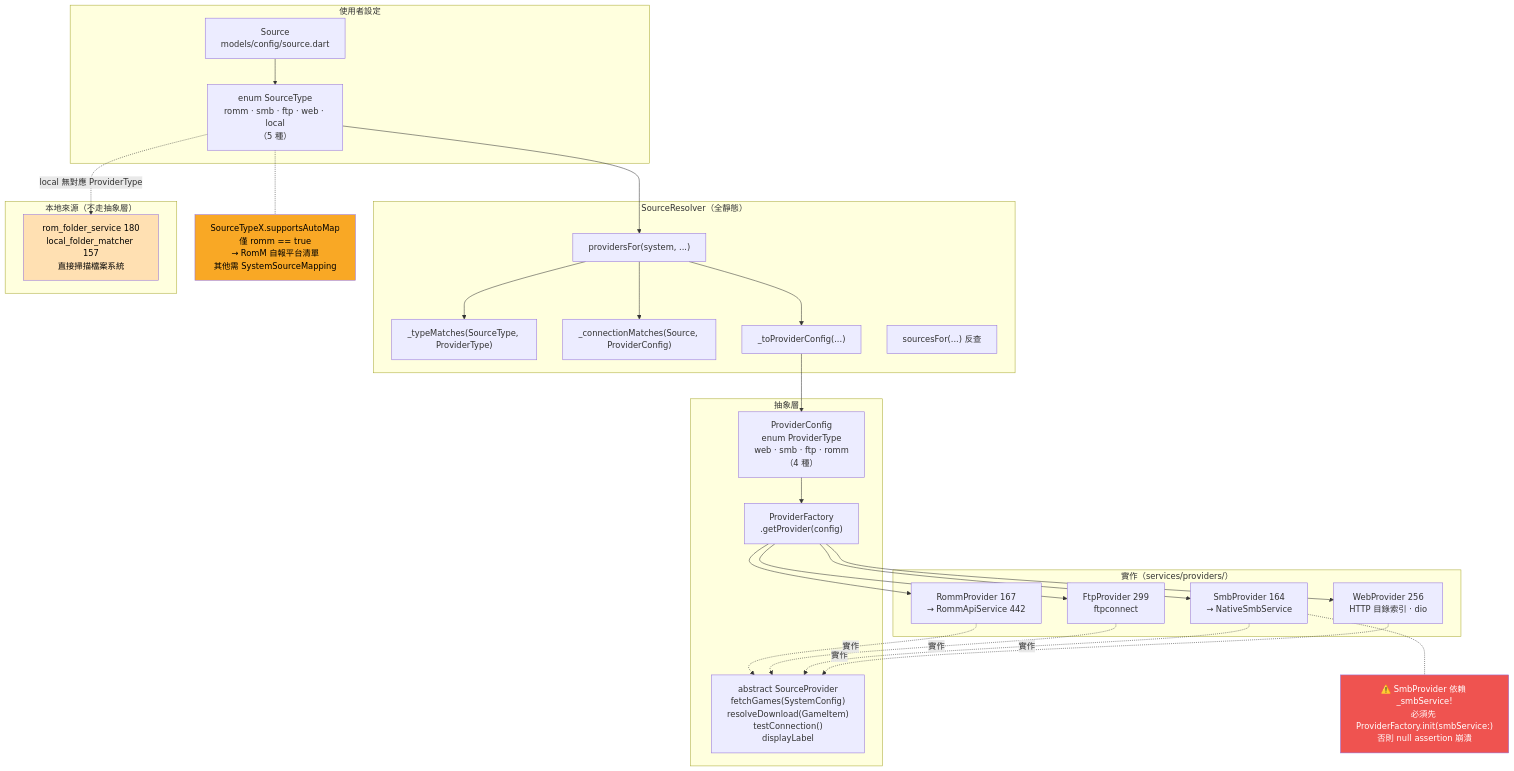
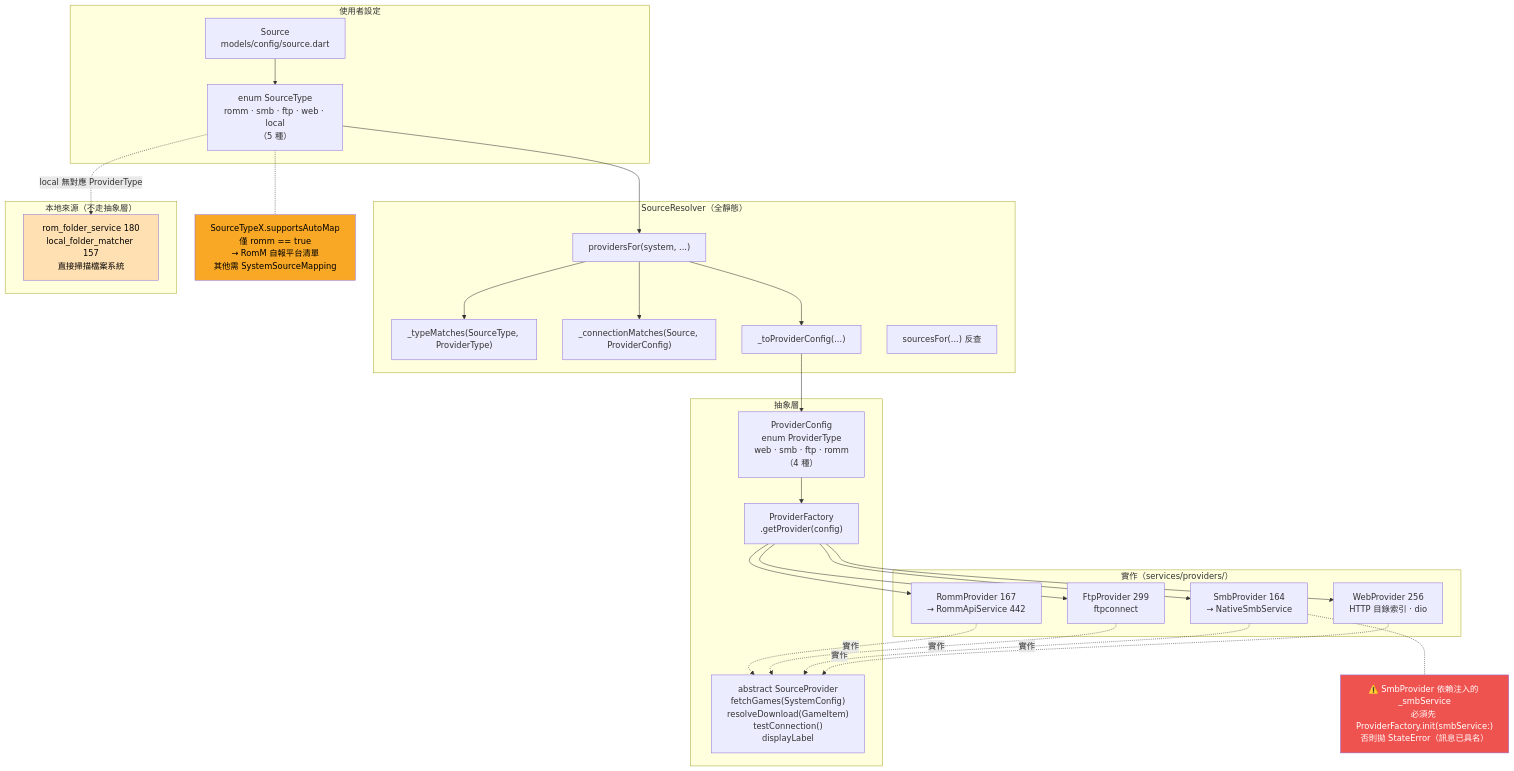
One commit to AverageConsumer/R-Shop changed the second of 12 diagrams in docs/ARCHITECTURE.md. Above: the diagram before and after it, drawn with Mermaid. The commit also changed other lines of this file and 13 other files, not shown here.

````diff
--- a/docs/ARCHITECTURE.md
+++ b/docs/ARCHITECTURE.md
@@ -99,52 +99,52 @@
 ```mermaid
 graph TB
     subgraph USER["使用者設定"]
         S["Source<br/>models/config/source.dart"]
         ST["enum SourceType<br/>romm · smb · ftp · web · local<br/>（5 種）"]
         S --> ST
     end
 
     subgraph RESOLVE["SourceResolver（全靜態）"]
         R1["providersFor(system, ...)"]
         R2["_typeMatches(SourceType, ProviderType)"]
         R3["_connectionMatches(Source, ProviderConfig)"]
         R4["_toProviderConfig(...)"]
         R5["sourcesFor(...) 反查"]
     end
 
     subgraph ABS["抽象層"]
         PC["ProviderConfig<br/>enum ProviderType<br/>web · smb · ftp · romm<br/>（4 種）"]
         SP["abstract SourceProvider<br/>fetchGames(SystemConfig)<br/>resolveDownload(GameItem)<br/>testConnection()<br/>displayLabel"]
         PF["ProviderFactory<br/>.getProvider(config)"]
     end
 
     subgraph IMPL["實作（services/providers/）"]
         W["WebProvider 256<br/>HTTP 目錄索引 · dio"]
         SM2["SmbProvider 164<br/>→ NativeSmbService"]
         F["FtpProvider 299<br/>ftpconnect"]
         RM["RommProvider 167<br/>→ RommApiService 442"]
     end
 
     subgraph LOCALPATH["本地來源（不走抽象層）"]
         LF["rom_folder_service 180<br/>local_folder_matcher 157<br/>直接掃描檔案系統"]
     end
 
     ST --> R1
     R1 --> R2 & R3 & R4
     R4 --> PC
     PC --> PF
     PF --> W & SM2 & F & RM
     W & SM2 & F & RM -.->|"實作"| SP
 
     ST -.->|"local 無對應 ProviderType"| LF
 
     AUTO["SourceTypeX.supportsAutoMap<br/>僅 romm == true<br/>→ RomM 自報平台清單<br/>其他需 SystemSourceMapping"]
     ST -.- AUTO
 
-    NULLW["⚠️ SmbProvider 依賴 _smbService!<br/>必須先 ProviderFactory.init(smbService:)<br/>否則 null assertion 崩潰"]
+    NULLW["⚠️ SmbProvider 依賴注入的 _smbService<br/>必須先 ProviderFactory.init(smbService:)<br/>否則拋 StateError（訊息已具名）"]
     SM2 -.- NULLW
 
     style LF fill:#ffe0b2,color:#000
     style NULLW fill:#ef5350,color:#fff
     style AUTO fill:#f9a825,color:#000
 ```
````
